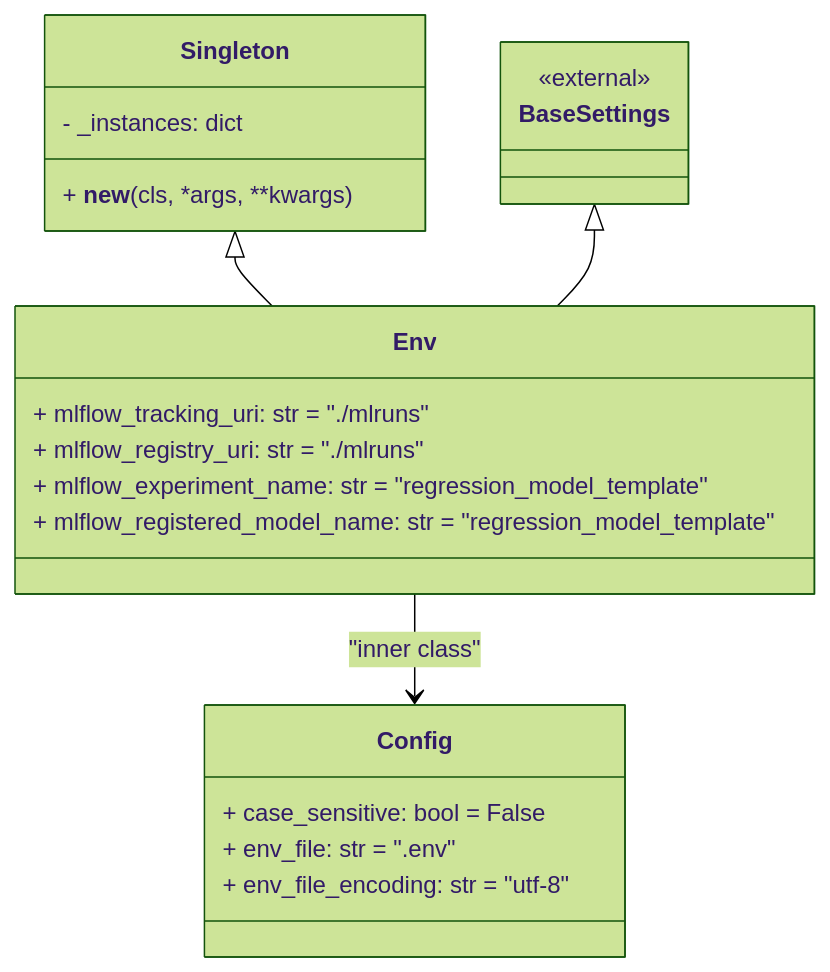
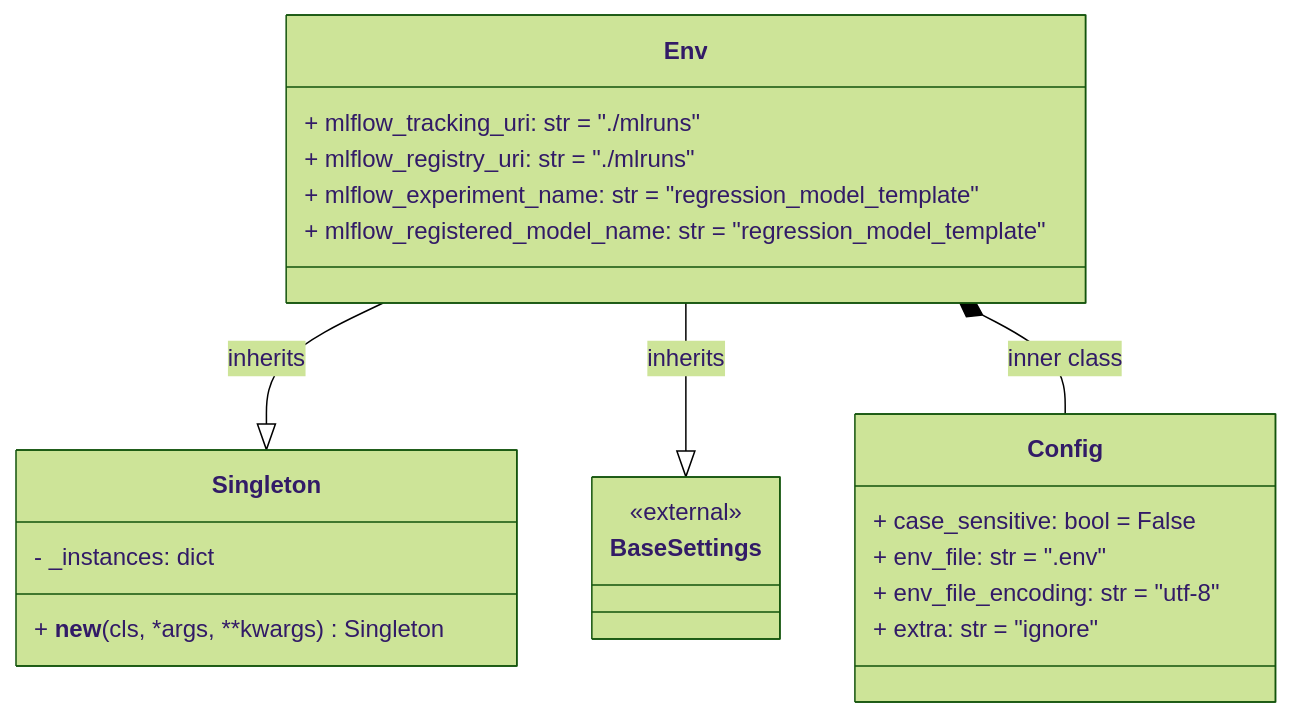
The diagram in Documents/OSvariables_stories.md (lgcorzo/mlops-python-package), drawn with Mermaid (forest theme) before and after one commit. The commit also changed other lines of this file and 21 other files, not shown here.

````diff
--- a/Documents/OSvariables_stories.md
+++ b/Documents/OSvariables_stories.md
@@ -18,30 +18,29 @@
 ```mermaid
 classDiagram
-    Singleton <|-- Env
-    BaseSettings <|-- Env
-
     class Singleton {
         - _instances: dict
-        + __new__(cls, *args, **kwargs)
+        + __new__(cls, *args, **kwargs) Singleton
     }
 
     class BaseSettings {
         <<external>>
     }
 
     class Env {
         + mlflow_tracking_uri: str = "./mlruns"
         + mlflow_registry_uri: str = "./mlruns"
         + mlflow_experiment_name: str = "regression_model_template"
         + mlflow_registered_model_name: str = "regression_model_template"
     }
 
     class Config {
         + case_sensitive: bool = False
         + env_file: str = ".env"
         + env_file_encoding: str = "utf-8"
+        + extra: str = "ignore"
     }
 
-    Env --> Config : "inner class"
-
+    Env --|> Singleton : inherits
+    Env --|> BaseSettings : inherits
+    Env *-- Config : inner class
 ```
````
